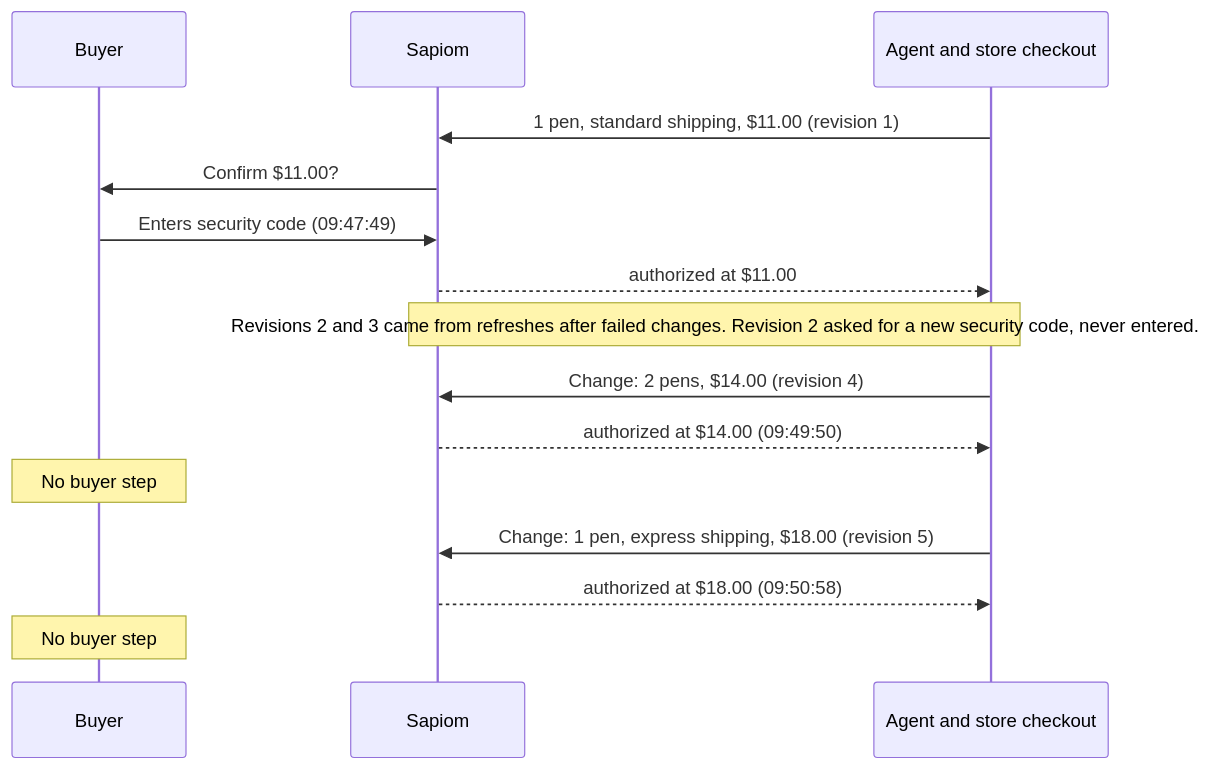
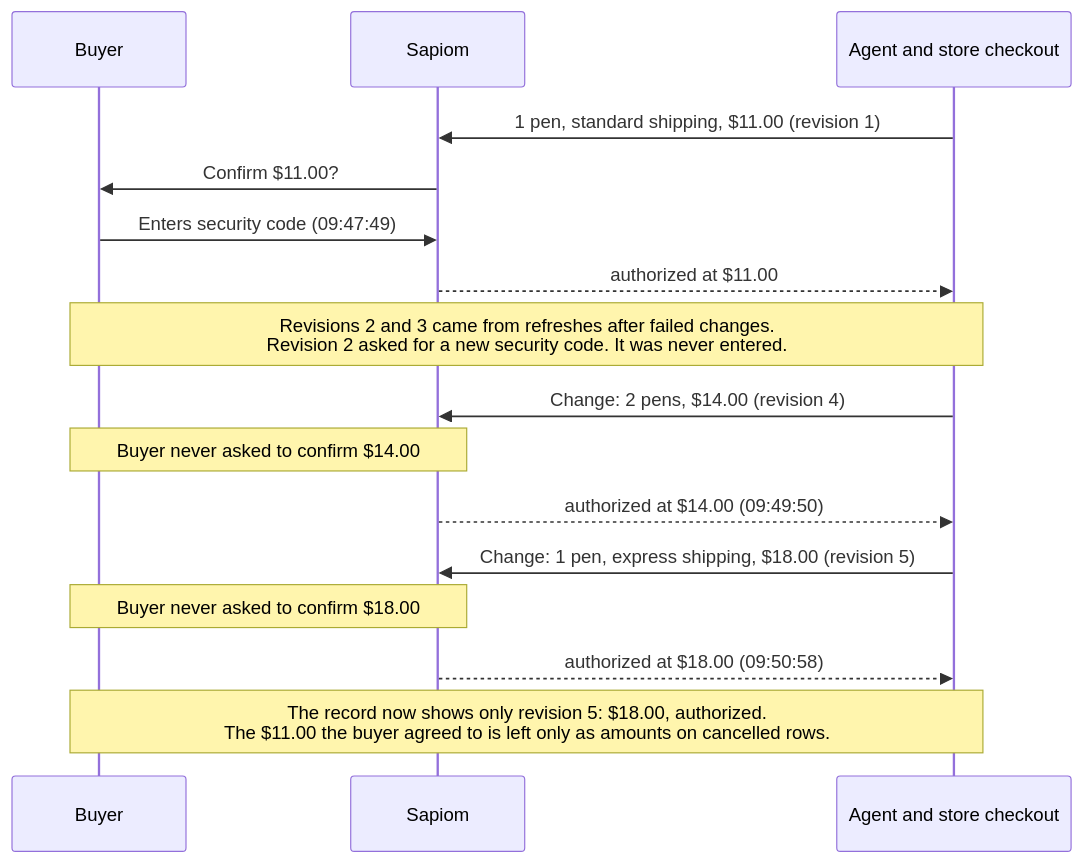
Before and after one commit to Ectsang/purchase-receipts: the first of 2 diagrams in docs/sapiom-buyer-confirmation.md, drawn with Mermaid. The commit also changed other lines of this file, not shown here.

Commit message:
docs: clearer diagram order; rewrite proposal page in plain voice

````diff
--- a/docs/sapiom-buyer-confirmation.md
+++ b/docs/sapiom-buyer-confirmation.md
@@ -13,17 +13,18 @@
 ```mermaid
 sequenceDiagram
     participant B as Buyer
     participant S as Sapiom
     participant C as Agent and store checkout
     C->>S: 1 pen, standard shipping, $11.00 (revision 1)
     S->>B: Confirm $11.00?
     B->>S: Enters security code (09:47:49)
     S-->>C: authorized at $11.00
-    Note over S,C: Revisions 2 and 3 came from refreshes after failed changes. Revision 2 asked for a new security code, never entered.
+    Note over B,C: Revisions 2 and 3 came from refreshes after failed changes.<br/>Revision 2 asked for a new security code. It was never entered.
     C->>S: Change: 2 pens, $14.00 (revision 4)
+    Note over B,S: Buyer never asked to confirm $14.00
     S-->>C: authorized at $14.00 (09:49:50)
-    Note over B: No buyer step
     C->>S: Change: 1 pen, express shipping, $18.00 (revision 5)
+    Note over B,S: Buyer never asked to confirm $18.00
     S-->>C: authorized at $18.00 (09:50:58)
-    Note over B: No buyer step
+    Note over B,C: The record now shows only revision 5: $18.00, authorized.<br/>The $11.00 the buyer agreed to is left only as amounts on cancelled rows.
 ```
````
